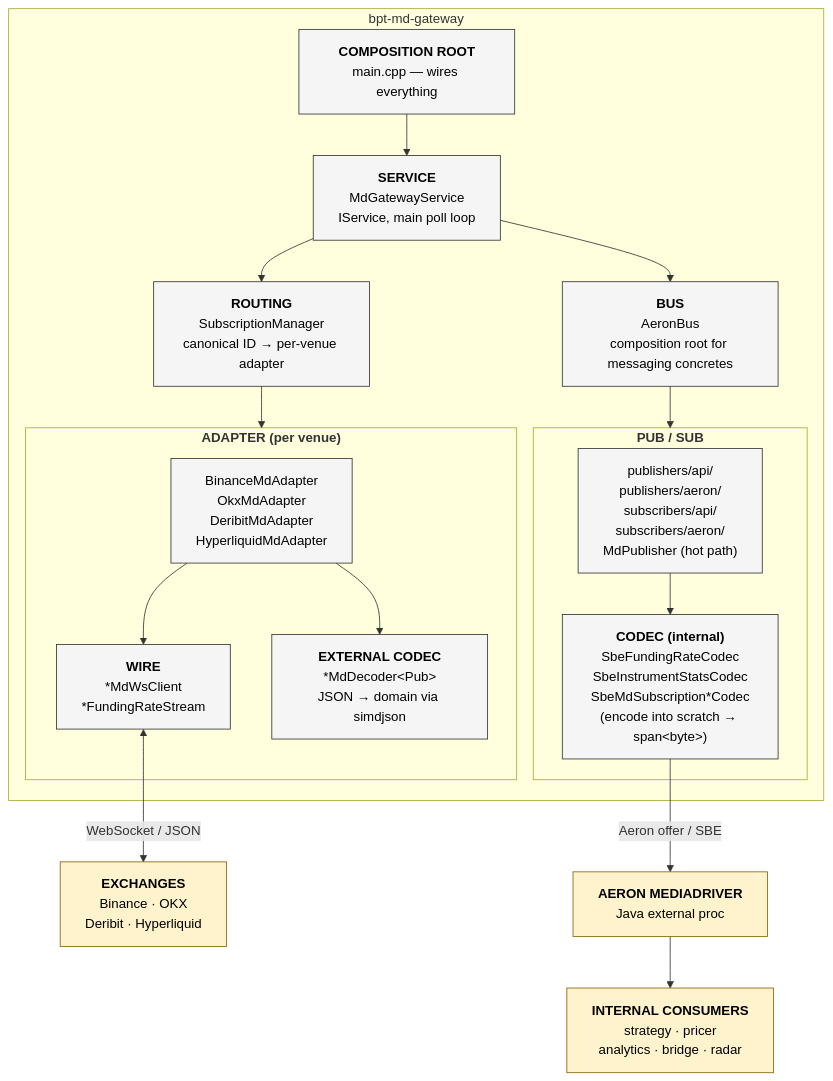
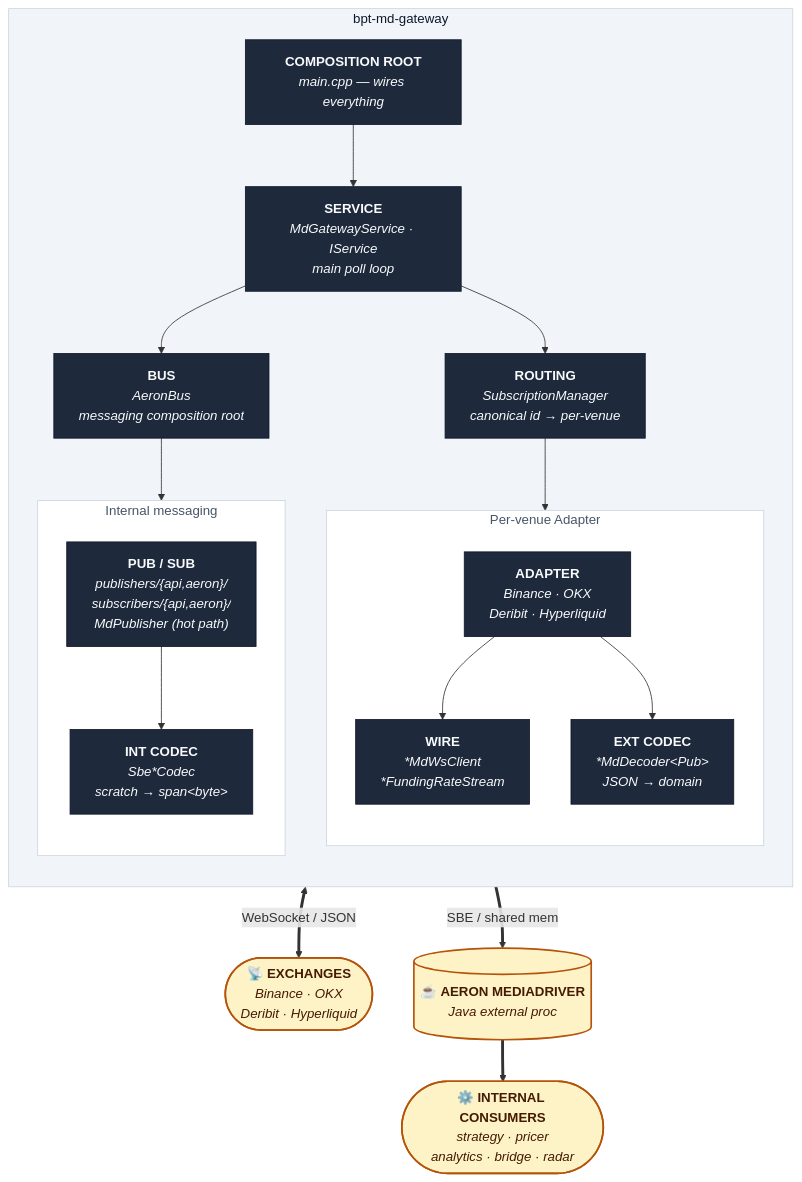
One commit to seowjiajun/bpt-core changed the first of 2 diagrams in docs/service-anatomy.md. Above: the diagram before and after it, drawn with Mermaid. The commit also changed 2 other files, not shown here.

First paragraph of the commit message:
docs: marketing-grade Mermaid polish — themed showpieces
Three high-impact additions for the interview-portfolio bar:

````diff
--- a/docs/service-anatomy.md
+++ b/docs/service-anatomy.md
@@ -14,42 +14,60 @@
 ```mermaid
+%%{init: {
+  'theme': 'base',
+  'themeVariables': {
+    'fontFamily': '"SF Mono", "JetBrains Mono", "Cascadia Code", Consolas, monospace',
+    'fontSize': '14px',
+    'lineColor': '#475569',
+    'primaryColor': '#1e293b',
+    'primaryTextColor': '#f8fafc',
+    'primaryBorderColor': '#0f172a'
+  }
+}}%%
 flowchart TD
-    subgraph svc["bpt-md-gateway"]
-        main["<b>COMPOSITION ROOT</b><br/>main.cpp — wires everything"]
-        service["<b>SERVICE</b><br/>MdGatewayService<br/>IService, main poll loop"]
-        bus["<b>BUS</b><br/>AeronBus<br/>composition root for messaging concretes"]
-        routing["<b>ROUTING</b><br/>SubscriptionManager<br/>canonical ID → per-venue adapter"]
+    subgraph svc[" bpt-md-gateway "]
+        direction TB
+        main["<b>COMPOSITION ROOT</b><br/><i>main.cpp — wires everything</i>"]
+        service["<b>SERVICE</b><br/><i>MdGatewayService · IService<br/>main poll loop</i>"]
+        bus["<b>BUS</b><br/><i>AeronBus<br/>messaging composition root</i>"]
+        routing["<b>ROUTING</b><br/><i>SubscriptionManager<br/>canonical id → per-venue</i>"]
 
-        subgraph adapter_grp["<b>ADAPTER (per venue)</b>"]
-            adapter["BinanceMdAdapter<br/>OkxMdAdapter<br/>DeribitMdAdapter<br/>HyperliquidMdAdapter"]
-            wire["<b>WIRE</b><br/>*MdWsClient<br/>*FundingRateStream"]
-            extcodec["<b>EXTERNAL CODEC</b><br/>*MdDecoder&lt;Pub&gt;<br/>JSON → domain via simdjson"]
+        subgraph adapter_grp[" Per-venue Adapter "]
+            direction TB
+            adapter["<b>ADAPTER</b><br/><i>Binance · OKX<br/>Deribit · Hyperliquid</i>"]
+            wire["<b>WIRE</b><br/><i>*MdWsClient<br/>*FundingRateStream</i>"]
+            extcodec["<b>EXT CODEC</b><br/><i>*MdDecoder&lt;Pub&gt;<br/>JSON → domain</i>"]
             adapter --> wire
             adapter --> extcodec
         end
 
-        subgraph pubsub_grp["<b>PUB / SUB</b>"]
-            pubsub["publishers/api/<br/>publishers/aeron/<br/>subscribers/api/<br/>subscribers/aeron/<br/>MdPublisher (hot path)"]
-            intcodec["<b>CODEC (internal)</b><br/>SbeFundingRateCodec<br/>SbeInstrumentStatsCodec<br/>SbeMdSubscription*Codec<br/>(encode into scratch → span&lt;byte&gt;)"]
+        subgraph pubsub_grp[" Internal messaging "]
+            direction TB
+            pubsub["<b>PUB / SUB</b><br/><i>publishers/{api,aeron}/<br/>subscribers/{api,aeron}/<br/>MdPublisher (hot path)</i>"]
+            intcodec["<b>INT CODEC</b><br/><i>Sbe*Codec<br/>scratch → span&lt;byte&gt;</i>"]
             pubsub --> intcodec
         end
 
         main --> service
         service --> routing
         service --> bus
         routing --> adapter_grp
         bus --> pubsub_grp
     end
 
-    ext["<b>EXCHANGES</b><br/>Binance · OKX<br/>Deribit · Hyperliquid"]
-    aeron_md["<b>AERON MEDIADRIVER</b><br/>Java external proc"]
-    consumers["<b>INTERNAL CONSUMERS</b><br/>strategy · pricer<br/>analytics · bridge · radar"]
+    ext(["📡 <b>EXCHANGES</b><br/><i>Binance · OKX<br/>Deribit · Hyperliquid</i>"])
+    aeron_md[("☕ <b>AERON MEDIADRIVER</b><br/><i>Java external proc</i>")]
+    consumers(["⚙️ <b>INTERNAL CONSUMERS</b><br/><i>strategy · pricer<br/>analytics · bridge · radar</i>"])
 
-    wire <-->|"WebSocket / JSON"| ext
-    intcodec -->|"Aeron offer / SBE"| aeron_md
-    aeron_md --> consumers
+    wire <==>|"WebSocket / JSON"| ext
+    intcodec ==>|"SBE / shared mem"| aeron_md
+    aeron_md ==> consumers
 
-    classDef layer fill:#f5f5f5,stroke:#333,stroke-width:1px,color:#000
-    classDef external fill:#fff3cd,stroke:#856404,stroke-width:1px,color:#000
-    class main,service,bus,routing,adapter,wire,extcodec,pubsub,intcodec layer
+    classDef service fill:#1e293b,stroke:#0f172a,stroke-width:1px,color:#f8fafc
+    classDef external fill:#fef3c7,stroke:#b45309,stroke-width:2px,color:#451a03
+    class main,service,bus,routing,adapter,wire,extcodec,pubsub,intcodec service
     class ext,aeron_md,consumers external
+
+    style svc fill:#f1f5f9,stroke:#cbd5e1,stroke-width:1px,color:#0f172a
+    style adapter_grp fill:#ffffff,stroke:#cbd5e1,stroke-width:1px,color:#475569
+    style pubsub_grp fill:#ffffff,stroke:#cbd5e1,stroke-width:1px,color:#475569
 ```
````
